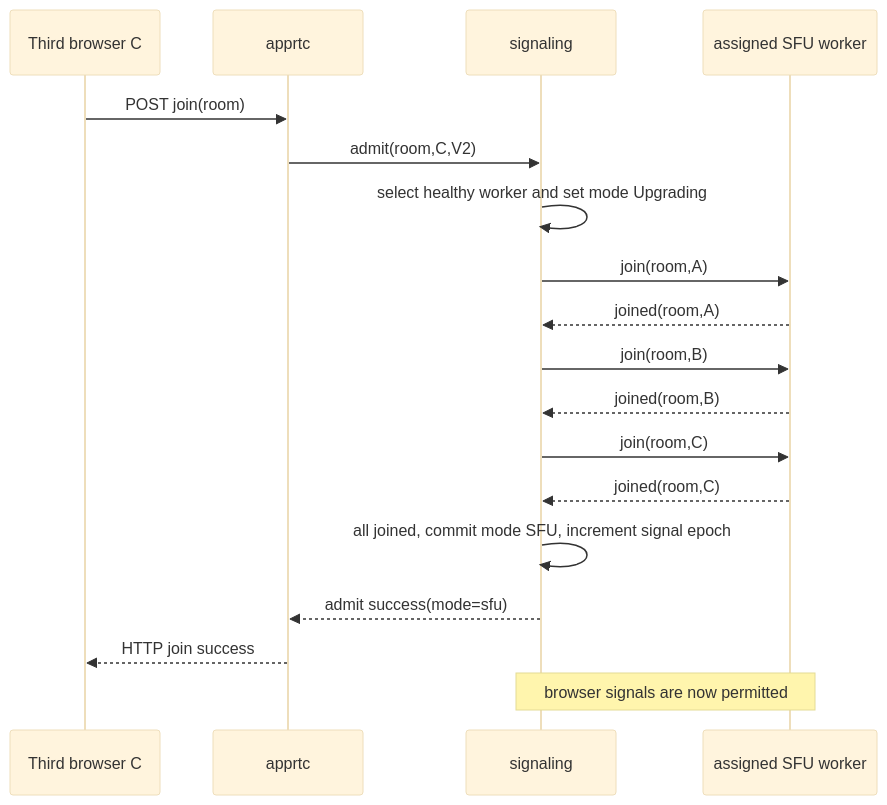
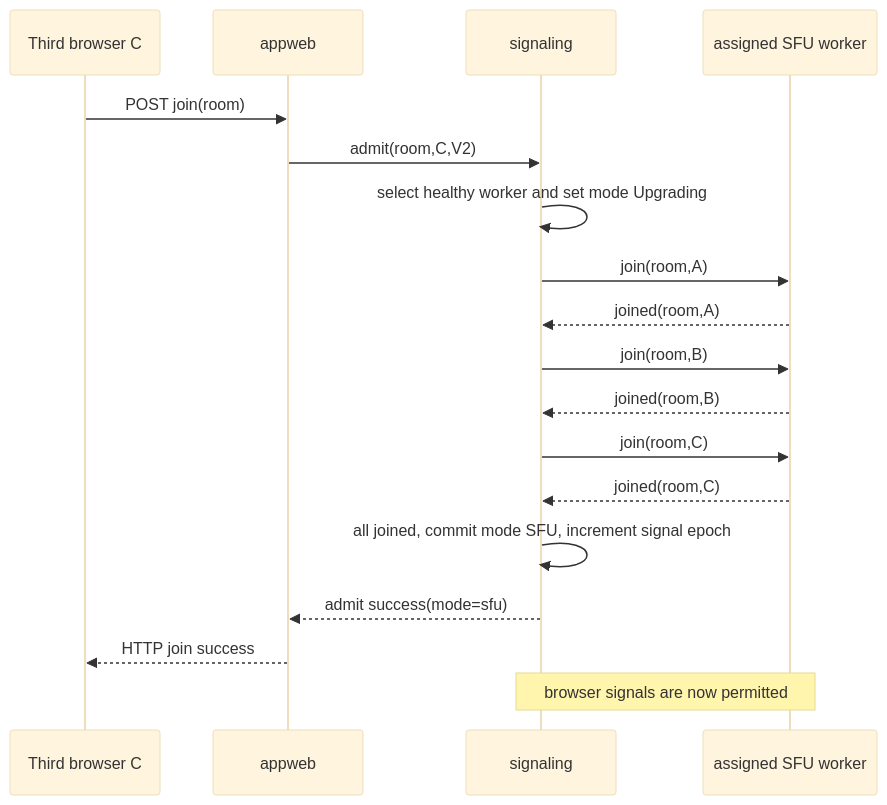
Before and after one commit to webrtc-rs/apprtc: the second of 3 diagrams in docs/design/apprtc-signaling-architecture-design.md, drawn with Mermaid (base theme). The commit also changed other lines of this file and 2 other files, not shown here.

````diff
--- a/docs/design/apprtc-signaling-architecture-design.md
+++ b/docs/design/apprtc-signaling-architecture-design.md
@@ -196,20 +197,20 @@
 ```mermaid
 sequenceDiagram
     participant C as Third browser C
-    participant AR as apprtc
+    participant AR as appweb
     participant S as signaling
     participant F as assigned SFU worker
     C->>AR: POST join(room)
     AR->>S: admit(room,C,V2)
     S->>S: select healthy worker and set mode Upgrading
     S->>F: join(room,A)
     F-->>S: joined(room,A)
     S->>F: join(room,B)
     F-->>S: joined(room,B)
     S->>F: join(room,C)
     F-->>S: joined(room,C)
     S->>S: all joined, commit mode SFU, increment signal epoch
     S-->>AR: admit success(mode=sfu)
     AR-->>C: HTTP join success
     Note over S,F: browser signals are now permitted
 ```
````
